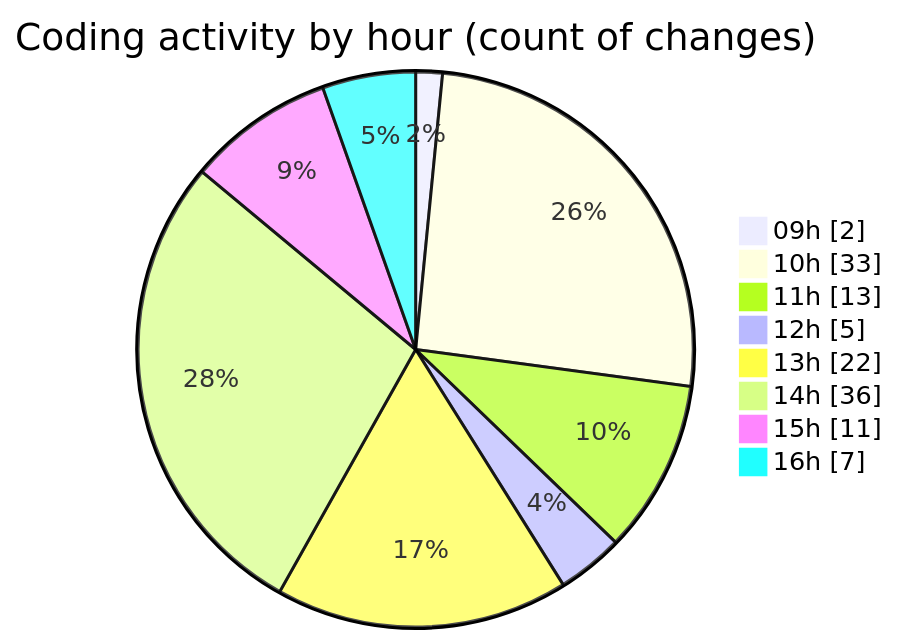
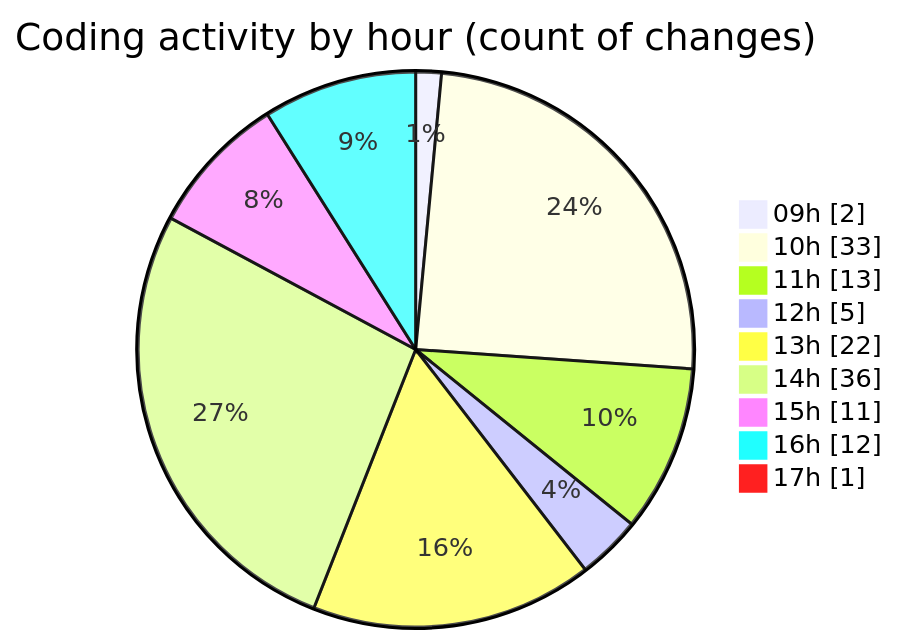
Before and after one commit to momahboobian/code-tracking: the second of 2 diagrams in 2025-08-12/cda/README.md, drawn with Mermaid. The commit also changed other lines of this file and 1 other file, not shown here.

````diff
--- a/2025-08-12/cda/README.md
+++ b/2025-08-12/cda/README.md
@@ -53,12 +53,13 @@
 ```mermaid
 pie showData
 title Coding activity by hour (count of changes)
 "09h" : 2
 "10h" : 33
 "11h" : 13
 "12h" : 5
 "13h" : 22
 "14h" : 36
 "15h" : 11
-"16h" : 7
+"16h" : 12
+"17h" : 1
 ```
````
